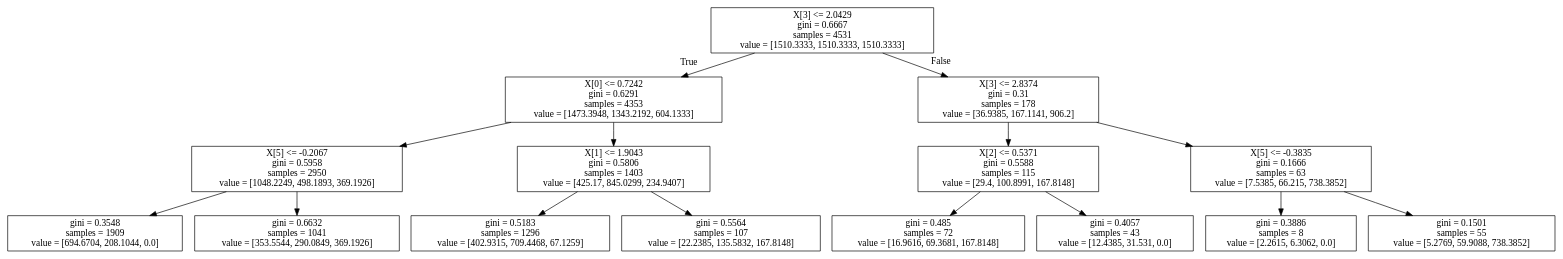
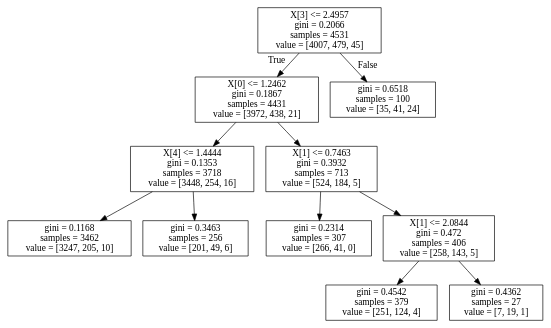
Before and after one commit to Yuanyuan-Shi/PowerOutagePredictor: the diagram in PowerOutagePredictor/Tree/tree_all_std.dot, drawn with Graphviz. The commit also changed 31 other files, not shown here.

```diff
--- a/PowerOutagePredictor/Tree/tree_all_std.dot
+++ b/PowerOutagePredictor/Tree/tree_all_std.dot
@@ -1,32 +1,24 @@
 digraph Tree {
 node [shape=box] ;
-0 [label="X[3] <= 2.0429\ngini = 0.6667\nsamples = 4531\nvalue = [1510.3333, 1510.3333, 1510.3333]"] ;
-1 [label="X[0] <= 0.7242\ngini = 0.6291\nsamples = 4353\nvalue = [1473.3948, 1343.2192, 604.1333]"] ;
+0 [label="X[3] <= 2.4957\ngini = 0.2066\nsamples = 4531\nvalue = [4007, 479, 45]"] ;
+1 [label="X[0] <= 1.2462\ngini = 0.1867\nsamples = 4431\nvalue = [3972, 438, 21]"] ;
 0 -> 1 [labeldistance=2.5, labelangle=45, headlabel="True"] ;
-2 [label="X[5] <= -0.2067\ngini = 0.5958\nsamples = 2950\nvalue = [1048.2249, 498.1893, 369.1926]"] ;
-1 -> 2 ;
-3 [label="gini = 0.3548\nsamples = 1909\nvalue = [694.6704, 208.1044, 0.0]"] ;
-2 -> 3 ;
-4 [label="gini = 0.6632\nsamples = 1041\nvalue = [353.5544, 290.0849, 369.1926]"] ;
-2 -> 4 ;
-5 [label="X[1] <= 1.9043\ngini = 0.5806\nsamples = 1403\nvalue = [425.17, 845.0299, 234.9407]"] ;
-1 -> 5 ;
-6 [label="gini = 0.5183\nsamples = 1296\nvalue = [402.9315, 709.4468, 67.1259]"] ;
-5 -> 6 ;
-7 [label="gini = 0.5564\nsamples = 107\nvalue = [22.2385, 135.5832, 167.8148]"] ;
-5 -> 7 ;
-8 [label="X[3] <= 2.8374\ngini = 0.31\nsamples = 178\nvalue = [36.9385, 167.1141, 906.2]"] ;
-0 -> 8 [labeldistance=2.5, labelangle=-45, headlabel="False"] ;
-9 [label="X[2] <= 0.5371\ngini = 0.5588\nsamples = 115\nvalue = [29.4, 100.8991, 167.8148]"] ;
-8 -> 9 ;
-10 [label="gini = 0.485\nsamples = 72\nvalue = [16.9616, 69.3681, 167.8148]"] ;
-9 -> 10 ;
-11 [label="gini = 0.4057\nsamples = 43\nvalue = [12.4385, 31.531, 0.0]"] ;
-9 -> 11 ;
-12 [label="X[5] <= -0.3835\ngini = 0.1666\nsamples = 63\nvalue = [7.5385, 66.215, 738.3852]"] ;
-8 -> 12 ;
-13 [label="gini = 0.3886\nsamples = 8\nvalue = [2.2615, 6.3062, 0.0]"] ;
-12 -> 13 ;
-14 [label="gini = 0.1501\nsamples = 55\nvalue = [5.2769, 59.9088, 738.3852]"] ;
-12 -> 14 ;
+3 [label="X[4] <= 1.4444\ngini = 0.1353\nsamples = 3718\nvalue = [3448, 254, 16]"] ;
+1 -> 3 ;
+7 [label="gini = 0.1168\nsamples = 3462\nvalue = [3247, 205, 10]"] ;
+3 -> 7 ;
+8 [label="gini = 0.3463\nsamples = 256\nvalue = [201, 49, 6]"] ;
+3 -> 8 ;
+4 [label="X[1] <= 0.7463\ngini = 0.3932\nsamples = 713\nvalue = [524, 184, 5]"] ;
+1 -> 4 ;
+5 [label="gini = 0.2314\nsamples = 307\nvalue = [266, 41, 0]"] ;
+4 -> 5 ;
+6 [label="X[1] <= 2.0844\ngini = 0.472\nsamples = 406\nvalue = [258, 143, 5]"] ;
+4 -> 6 ;
+9 [label="gini = 0.4542\nsamples = 379\nvalue = [251, 124, 4]"] ;
+6 -> 9 ;
+10 [label="gini = 0.4362\nsamples = 27\nvalue = [7, 19, 1]"] ;
+6 -> 10 ;
+2 [label="gini = 0.6518\nsamples = 100\nvalue = [35, 41, 24]"] ;
+0 -> 2 [labeldistance=2.5, labelangle=-45, headlabel="False"] ;
 }
```
